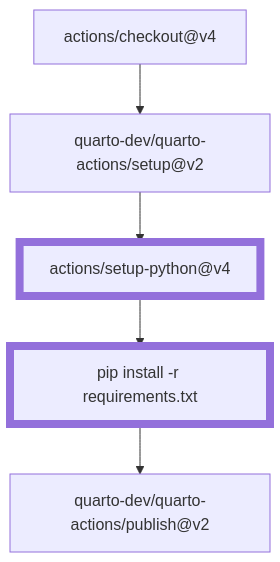
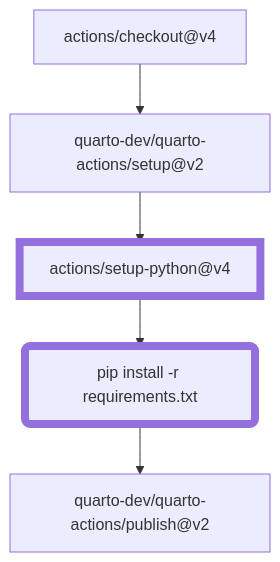
Before and after one commit to chrisvoncsefalvay/chrisvoncsefalvay.github.io: the third of 3 diagrams in posts/quarto-project-scripts/index.qmd, drawn with Mermaid. The commit also changed other lines of this file, not shown here.

````diff
--- a/posts/quarto-project-scripts/index.qmd
+++ b/posts/quarto-project-scripts/index.qmd
@@ -76,12 +82,12 @@
 ```{mermaid}
 %%| label: fig-ci-cd
 %%| fig-cap: Integrating the pre-render script into the Github Actions CI/CD framework. The parts that need to be integrated into the publishing workflow are highlighted with bold outlines.
 %%| fig-align: center
 flowchart TD
     A["actions/checkout@v4"] --> B["quarto-dev/quarto-actions/setup@v2"]
     B --> C["actions/setup-python@v4"]
-    C --> D["`pip install -r requirements.txt`"]
+    C --> D("pip install -r requirements.txt")
     D --> E["quarto-dev/quarto-actions/publish@v2"]
     style D stroke-width:8px;
     style C stroke-width:8px;
 ```
````
